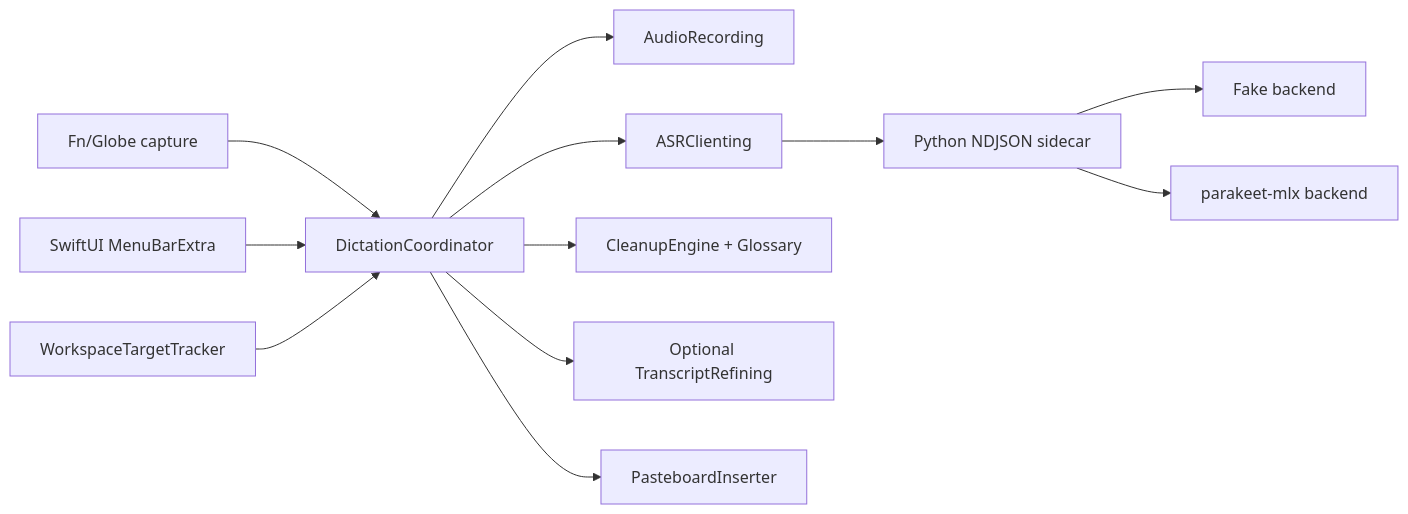
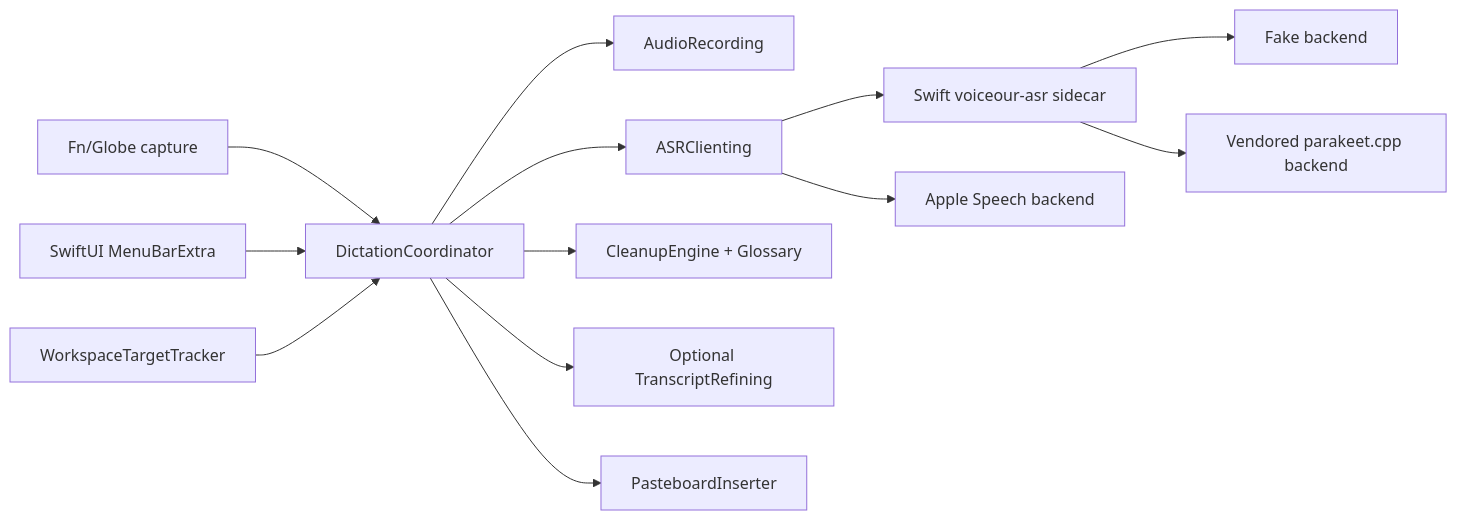
Before and after one commit to joswha/voiceour: the diagram in docs/architecture.md, drawn with Mermaid. The commit also changed other lines of this file and 209 other files, not shown here.

````diff
--- a/docs/architecture.md
+++ b/docs/architecture.md
@@ -5,14 +5,15 @@
 ```mermaid
 flowchart LR
     Hotkey[Fn/Globe capture] --> Coordinator
     Menu[SwiftUI MenuBarExtra] --> Coordinator
     Coordinator[DictationCoordinator] --> Recorder[AudioRecording]
     Coordinator --> ASR[ASRClienting]
     Coordinator --> Cleanup[CleanupEngine + Glossary]
     Coordinator --> Refiner[Optional TranscriptRefining]
     Coordinator --> Inserter[PasteboardInserter]
     Tracker[WorkspaceTargetTracker] --> Coordinator
-    ASR --> Sidecar[Python NDJSON sidecar]
+    ASR --> Sidecar[Swift voiceour-asr sidecar]
     Sidecar --> Fake[Fake backend]
-    Sidecar --> MLX[parakeet-mlx backend]
+    Sidecar --> Parakeet[Vendored parakeet.cpp backend]
+    ASR --> Apple[Apple Speech backend]
 ```
````
